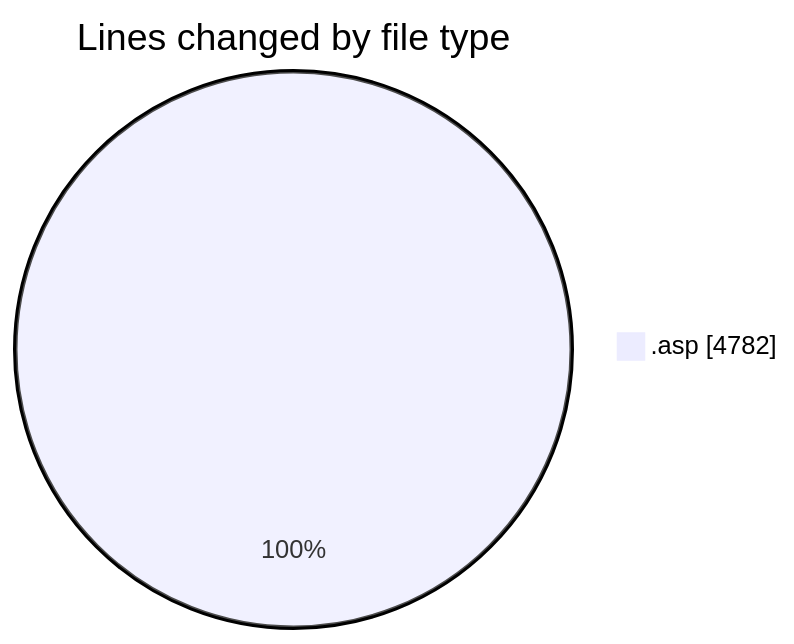
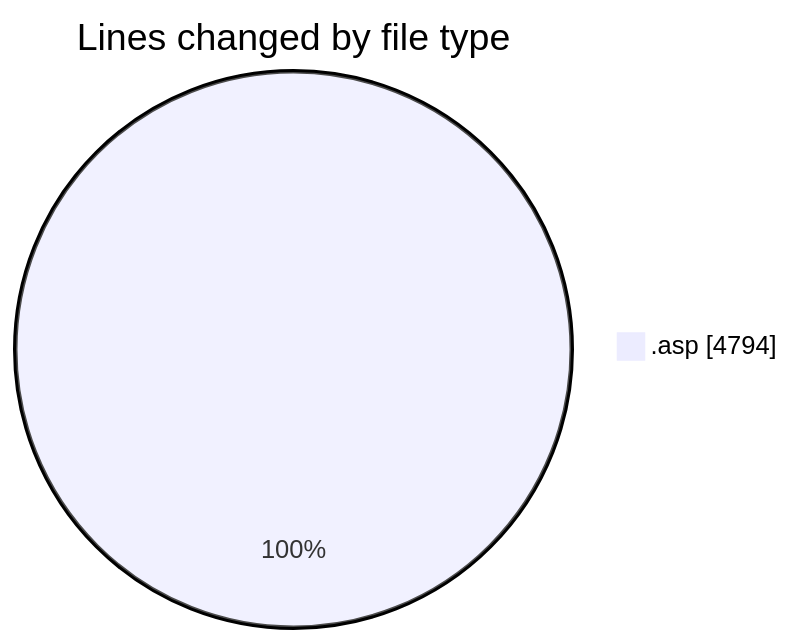
One commit to julien-gomy/code-tracking changed the first of 2 diagrams in 2025-11-10/cdp_aleoudev_fr__workspace_/README.md. Above: the diagram before and after it, drawn with Mermaid. The commit also changed other lines of this file and 1 other file, not shown here.

````diff
--- a/2025-11-10/cdp_aleoudev_fr__workspace_/README.md
+++ b/2025-11-10/cdp_aleoudev_fr__workspace_/README.md
@@ -32,5 +32,5 @@
 ```mermaid
 pie showData
 title Lines changed by file type
-".asp" : 4782
+".asp" : 4794
 ```
````
